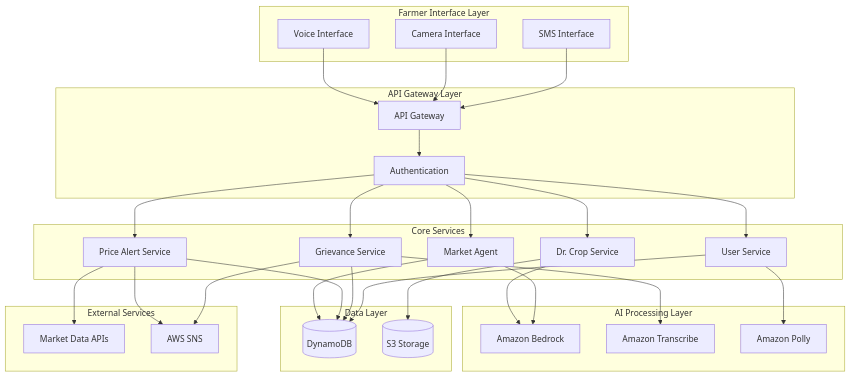
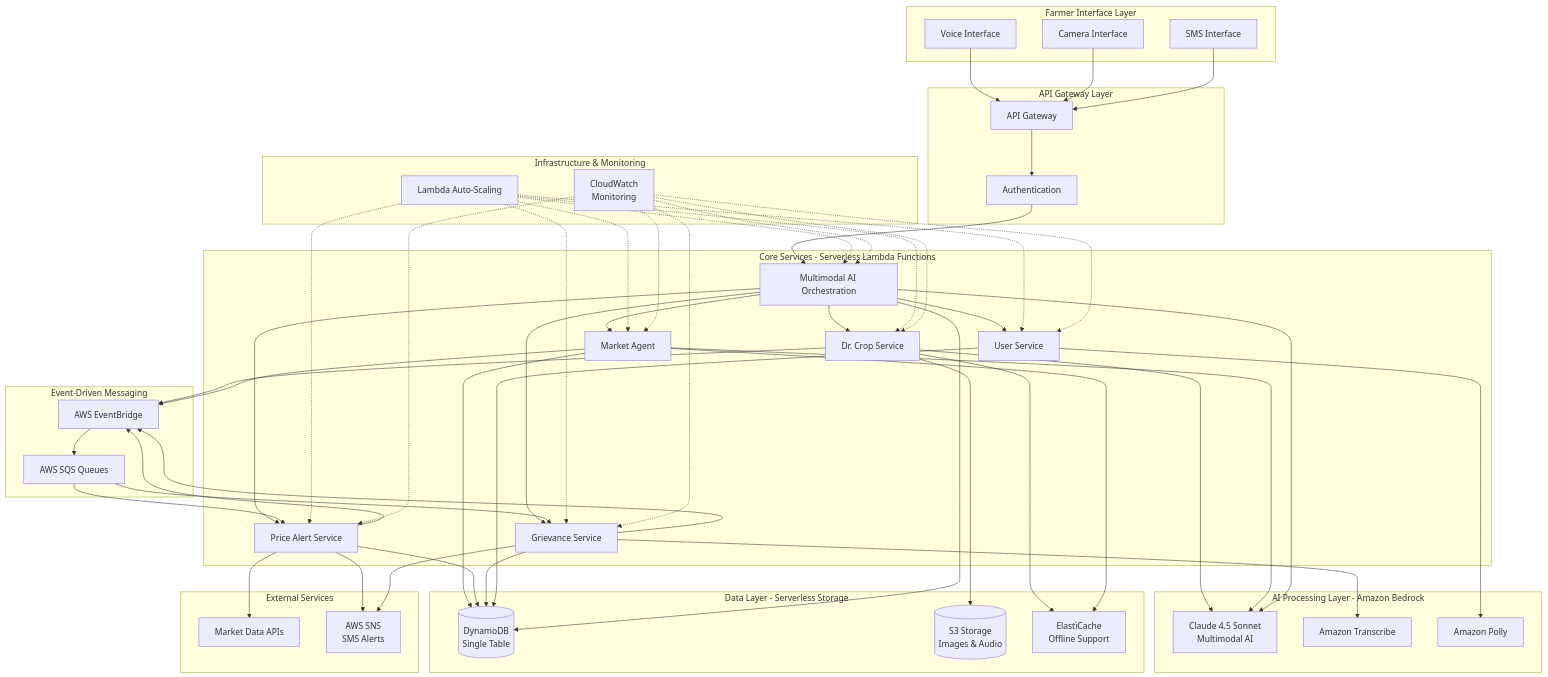
One commit to Nikhil-99-code/AI4Bharat-Hackathon changed the diagram in .kiro/specs/agri-nexus/design.md. Above: the diagram before and after it, drawn with Mermaid. The commit also changed other lines of this file and 1 other file, not shown here.

````diff
--- a/.kiro/specs/agri-nexus/design.md
+++ b/.kiro/specs/agri-nexus/design.md
@@ -29,28 +29,40 @@
         AUTH[Authentication]
     end
     
-    subgraph "Core Services"
+    subgraph "Core Services - Serverless Lambda Functions"
         DC[Dr. Crop Service]
         MA[Market Agent]
         PA[Price Alert Service]
         GS[Grievance Service]
         US[User Service]
+        MM[Multimodal AI Orchestration]
     end
     
-    subgraph "AI Processing Layer"
-        BR[Amazon Bedrock]
+    subgraph "AI Processing Layer - Amazon Bedrock"
+        BR[Claude 4.5 Sonnet<br/>Multimodal AI]
         TR[Amazon Transcribe]
         PO[Amazon Polly]
     end
     
-    subgraph "Data Layer"
-        DB[(DynamoDB)]
-        S3[(S3 Storage)]
+    subgraph "Event-Driven Messaging"
+        EB[AWS EventBridge]
+        SQS[AWS SQS Queues]
+    end
+    
+    subgraph "Data Layer - Serverless Storage"
+        DB[(DynamoDB<br/>Single Table)]
+        S3[(S3 Storage<br/>Images & Audio)]
+        CACHE[ElastiCache<br/>Offline Support]
     end
     
     subgraph "External Services"
         MD[Market Data APIs]
-        SNS[AWS SNS]
+        SNS[AWS SNS<br/>SMS Alerts]
+    end
+    
+    subgraph "Infrastructure & Monitoring"
+        CW[CloudWatch<br/>Monitoring]
+        LM[Lambda Auto-Scaling]
     end
     
     VI --> AG
@@ -58,24 +70,53 @@
     SMS --> AG
     
     AG --> AUTH
-    AUTH --> DC
-    AUTH --> MA
-    AUTH --> PA
-    AUTH --> GS
-    AUTH --> US
+    AUTH --> MM
+    MM --> DC
+    MM --> MA
+    MM --> PA
+    MM --> GS
+    MM --> US
     
     DC --> BR
     MA --> BR
-    PA --> MD
     GS --> TR
     US --> PO
+    MM --> BR
+    
+    DC --> EB
+    MA --> EB
+    PA --> EB
+    GS --> EB
+    
+    EB --> SQS
+    SQS --> PA
+    SQS --> GS
     
     DC --> S3
     MA --> DB
     PA --> DB
     GS --> DB
     US --> DB
+    MM --> DB
     
+    DC --> CACHE
+    MA --> CACHE
+    
+    PA --> MD
     PA --> SNS
     GS --> SNS
+    
+    LM -.-> DC
+    LM -.-> MA
+    LM -.-> PA
+    LM -.-> GS
+    LM -.-> US
+    LM -.-> MM
+    
+    CW -.-> DC
+    CW -.-> MA
+    CW -.-> PA
+    CW -.-> GS
+    CW -.-> US
+    CW -.-> MM
 ```
````
